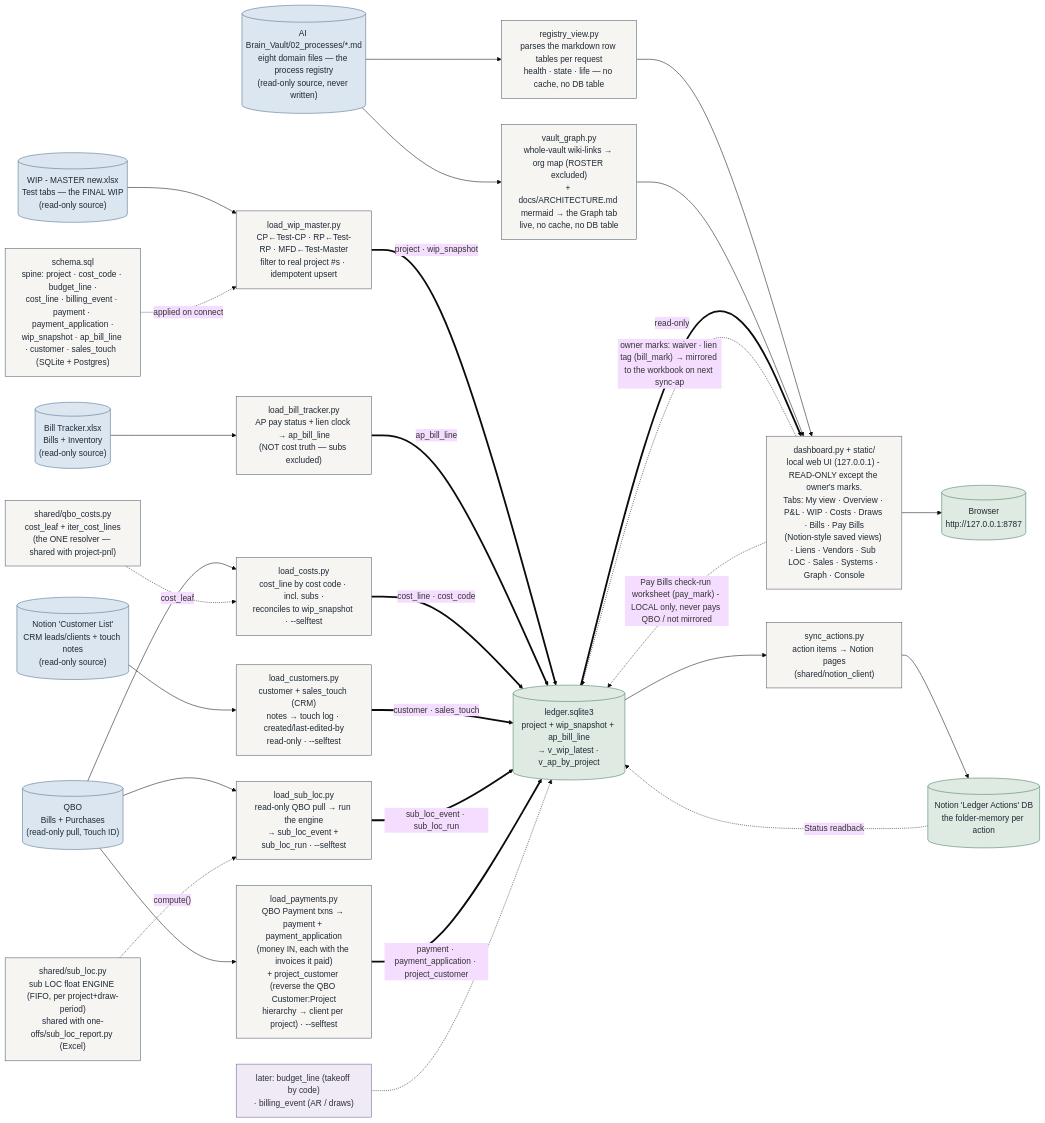
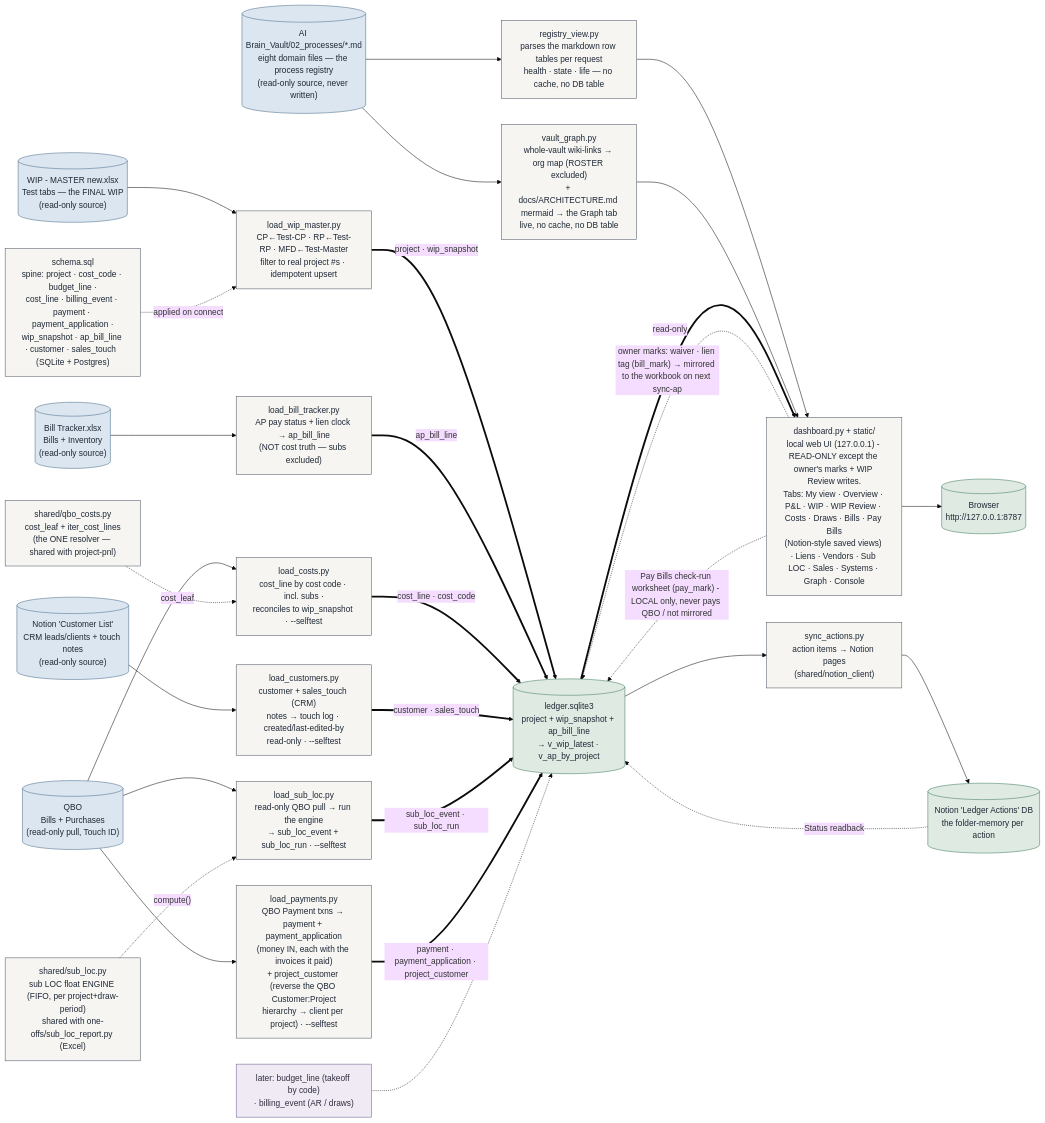
The fourth of 6 diagrams in docs/ARCHITECTURE.md (Ecarlo-Proficient/Claude-Report), drawn with Mermaid (base theme) before and after one commit. The commit also changed other lines of this file and 5 other files, not shown here.

````diff
--- a/docs/ARCHITECTURE.md
+++ b/docs/ARCHITECTURE.md
@@ -361,52 +381,52 @@
 ```mermaid
 flowchart LR
     classDef src fill:#dbe6f0,stroke:#4A6B8A,color:#1f2937
     classDef tool fill:#f6f5f1,stroke:#4b5563,color:#1f2937
     classDef out fill:#dfeae2,stroke:#3E7A5C,color:#1f2937
     classDef future fill:#efeaf3,stroke:#6b5b95,color:#312e40
 
     TEST[("WIP - MASTER new.xlsx\nTest tabs — the FINAL WIP\n(read-only source)")]:::src
     BT[("Bill Tracker.xlsx\nBills + Inventory\n(read-only source)")]:::src
     SCHEMA["schema.sql\nspine: project · cost_code · budget_line ·\ncost_line · billing_event · payment · payment_application ·\nwip_snapshot · ap_bill_line · customer · sales_touch  (SQLite + Postgres)"]:::tool
     LOADER["load_wip_master.py\nCP←Test-CP · RP←Test-RP · MFD←Test-Master\nfilter to real project #s · idempotent upsert"]:::tool
     APLOAD["load_bill_tracker.py\nAP pay status + lien clock → ap_bill_line\n(NOT cost truth — subs excluded)"]:::tool
     DB[("ledger.sqlite3\nproject + wip_snapshot + ap_bill_line\n→ v_wip_latest · v_ap_by_project")]:::out
-    DASH["dashboard.py + static/\nlocal web UI (127.0.0.1) - READ-ONLY except the owner's marks.\nTabs: My view · Overview · P&L · WIP · Costs · Draws · Bills · Pay Bills\n(Notion-style saved views) · Liens · Vendors · Sub LOC · Sales · Systems · Graph · Console"]:::tool
+    DASH["dashboard.py + static/\nlocal web UI (127.0.0.1) - READ-ONLY except the owner's marks + WIP Review writes.\nTabs: My view · Overview · P&L · WIP · WIP Review · Costs · Draws · Bills · Pay Bills\n(Notion-style saved views) · Liens · Vendors · Sub LOC · Sales · Systems · Graph · Console"]:::tool
     REG[("AI Brain_Vault/02_processes/*.md\neight domain files — the process registry\n(read-only source, never written)")]:::src
     REGVIEW["registry_view.py\nparses the markdown row tables per request\nhealth · state · life — no cache, no DB table"]:::tool
     VGRAPH["vault_graph.py\nwhole-vault wiki-links → org map (ROSTER excluded)\n+ docs/ARCHITECTURE.md mermaid → the Graph tab\nlive, no cache, no DB table"]:::tool
     BROWSER[("Browser\nhttp://127.0.0.1:8787")]:::out
     QBO[("QBO\nBills + Purchases\n(read-only pull, Touch ID)")]:::src
     QCOSTS["shared/qbo_costs.py\ncost_leaf + iter_cost_lines\n(the ONE resolver — shared with project-pnl)"]:::tool
     COSTLOAD["load_costs.py\ncost_line by cost code · incl. subs ·\nreconciles to wip_snapshot · --selftest"]:::tool
     FUTURE["later: budget_line (takeoff by code)\n· billing_event (AR / draws)"]:::future
 
     REG --> REGVIEW --> DASH
     REG --> VGRAPH --> DASH
     TEST --> LOADER
     BT --> APLOAD
     QBO --> COSTLOAD
     QCOSTS -.->|"cost_leaf"| COSTLOAD
     SCHEMA -.->|"applied on connect"| LOADER
     LOADER ==>|"project · wip_snapshot"| DB
     APLOAD ==>|"ap_bill_line"| DB
     COSTLOAD ==>|"cost_line · cost_code"| DB
     DB ==>|"read-only"| DASH --> BROWSER
     DASH -.->|"owner marks: waiver · lien tag (bill_mark) → mirrored to the workbook on next sync-ap"| DB
     DASH -.->|"Pay Bills check-run worksheet (pay_mark) - LOCAL only, never pays QBO / not mirrored"| DB
     SYNCACT["sync_actions.py\naction items → Notion pages\n(shared/notion_client)"]:::tool
     NOTION[("Notion 'Ledger Actions' DB\nthe folder-memory per action")]:::out
     DB --> SYNCACT --> NOTION
     NOTION -.->|"Status readback"| DB
     NCL[("Notion 'Customer List'\nCRM leads/clients + touch notes\n(read-only source)")]:::src
     CUSTLOAD["load_customers.py\ncustomer + sales_touch (CRM)\nnotes → touch log · created/last-edited-by\nread-only · --selftest"]:::tool
     NCL --> CUSTLOAD ==>|"customer · sales_touch"| DB
     SUBLOCENG["shared/sub_loc.py\nsub LOC float ENGINE (FIFO, per project+draw-period)\nshared with one-offs/sub_loc_report.py (Excel)"]:::tool
     SUBLOCLOAD["load_sub_loc.py\nread-only QBO pull → run the engine\n→ sub_loc_event + sub_loc_run · --selftest"]:::tool
     QBO --> SUBLOCLOAD
     SUBLOCENG -.->|"compute()"| SUBLOCLOAD
     SUBLOCLOAD ==>|"sub_loc_event · sub_loc_run"| DB
     PAYLOAD["load_payments.py\nQBO Payment txns → payment + payment_application\n(money IN, each with the invoices it paid)\n+ project_customer (reverse the QBO Customer:Project\nhierarchy → client per project) · --selftest"]:::tool
     QBO --> PAYLOAD ==>|"payment · payment_application · project_customer"| DB
     FUTURE -.-> DB
 ```
````
